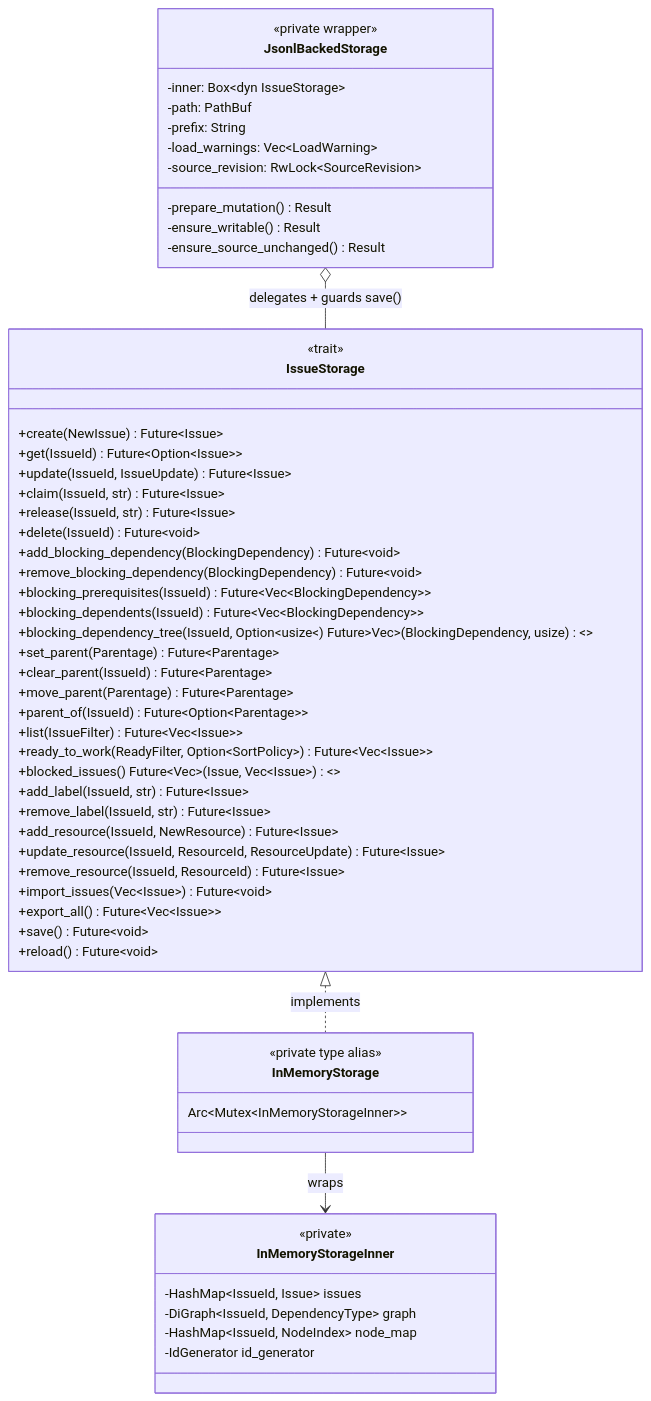
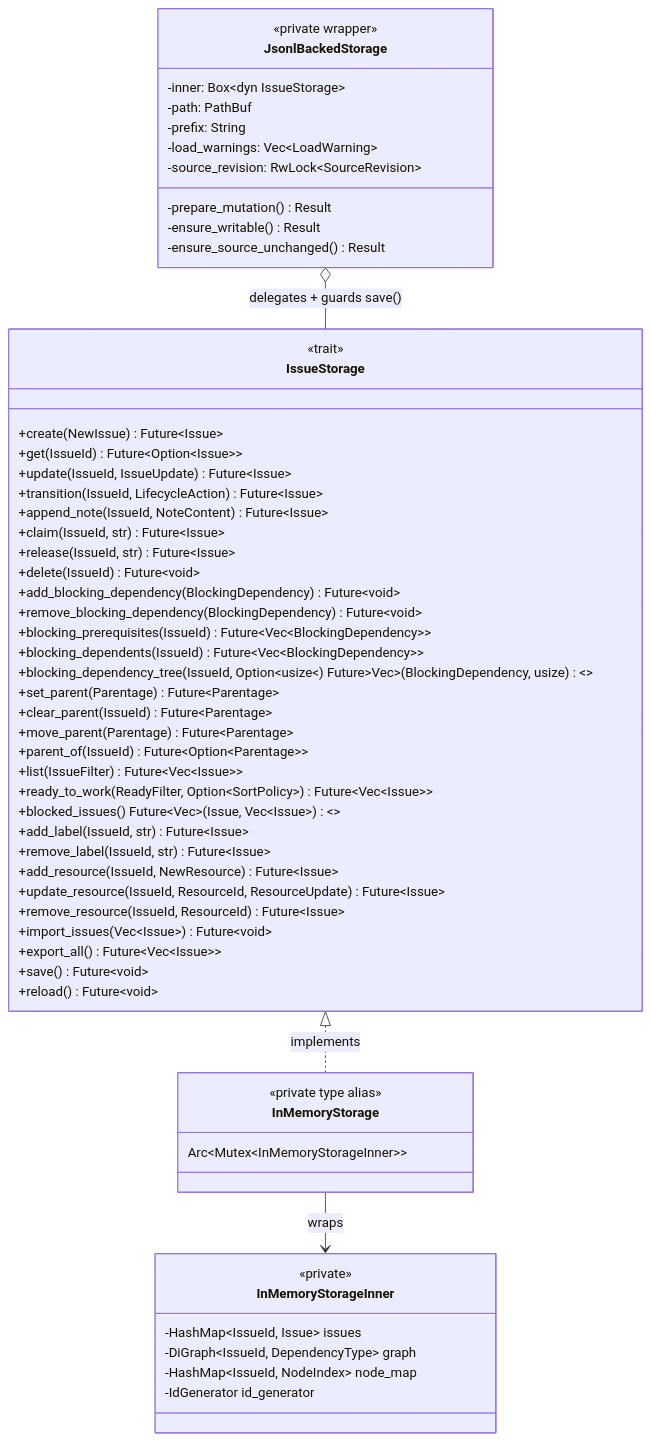
Before and after one commit to dwalleck/rivets: the first of 8 diagrams in docs/storage-architecture.md, drawn with Mermaid. The commit also changed 38 other files, not shown here.

````diff
--- a/docs/storage-architecture.md
+++ b/docs/storage-architecture.md
@@ -7,62 +7,64 @@
 ```mermaid
 classDiagram
     class IssueStorage {
         <<trait>>
         +create(NewIssue) Future~Issue~
         +get(IssueId) Future~Option~Issue~~
         +update(IssueId, IssueUpdate) Future~Issue~
+        +transition(IssueId, LifecycleAction) Future~Issue~
+        +append_note(IssueId, NoteContent) Future~Issue~
         +claim(IssueId, str) Future~Issue~
         +release(IssueId, str) Future~Issue~
         +delete(IssueId) Future~void~
         +add_blocking_dependency(BlockingDependency) Future~void~
         +remove_blocking_dependency(BlockingDependency) Future~void~
         +blocking_prerequisites(IssueId) Future~Vec~BlockingDependency~~
         +blocking_dependents(IssueId) Future~Vec~BlockingDependency~~
         +blocking_dependency_tree(IssueId, Option~usize~) Future~Vec~(BlockingDependency, usize)~~
         +set_parent(Parentage) Future~Parentage~
         +clear_parent(IssueId) Future~Parentage~
         +move_parent(Parentage) Future~Parentage~
         +parent_of(IssueId) Future~Option~Parentage~~
         +list(IssueFilter) Future~Vec~Issue~~
         +ready_to_work(ReadyFilter, Option~SortPolicy~) Future~Vec~Issue~~
         +blocked_issues() Future~Vec~(Issue, Vec~Issue~)~~
         +add_label(IssueId, str) Future~Issue~
         +remove_label(IssueId, str) Future~Issue~
         +add_resource(IssueId, NewResource) Future~Issue~
         +update_resource(IssueId, ResourceId, ResourceUpdate) Future~Issue~
         +remove_resource(IssueId, ResourceId) Future~Issue~
         +import_issues(Vec~Issue~) Future~void~
         +export_all() Future~Vec~Issue~~
         +save() Future~void~
         +reload() Future~void~
     }
 
     class InMemoryStorage {
         <<private type alias>>
         Arc~Mutex~InMemoryStorageInner~~
     }
 
     class InMemoryStorageInner {
         <<private>>
         -HashMap~IssueId, Issue~ issues
         -DiGraph~IssueId, DependencyType~ graph
         -HashMap~IssueId, NodeIndex~ node_map
         -IdGenerator id_generator
     }
 
     class JsonlBackedStorage {
         <<private wrapper>>
         -inner: Box~dyn IssueStorage~
         -path: PathBuf
         -prefix: String
         -load_warnings: Vec~LoadWarning~
         -source_revision: RwLock~SourceRevision~
         -prepare_mutation() Result
         -ensure_writable() Result
         -ensure_source_unchanged() Result
     }
 
     IssueStorage <|.. InMemoryStorage : implements
     InMemoryStorage --> InMemoryStorageInner : wraps
     JsonlBackedStorage o-- IssueStorage : delegates + guards save()
 ```
````
